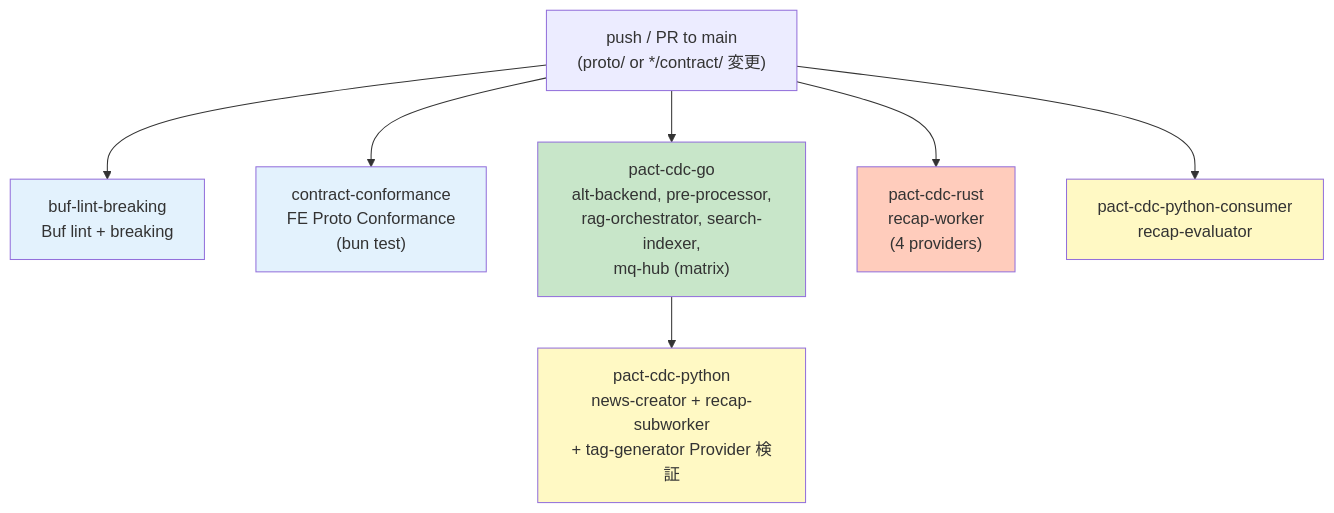
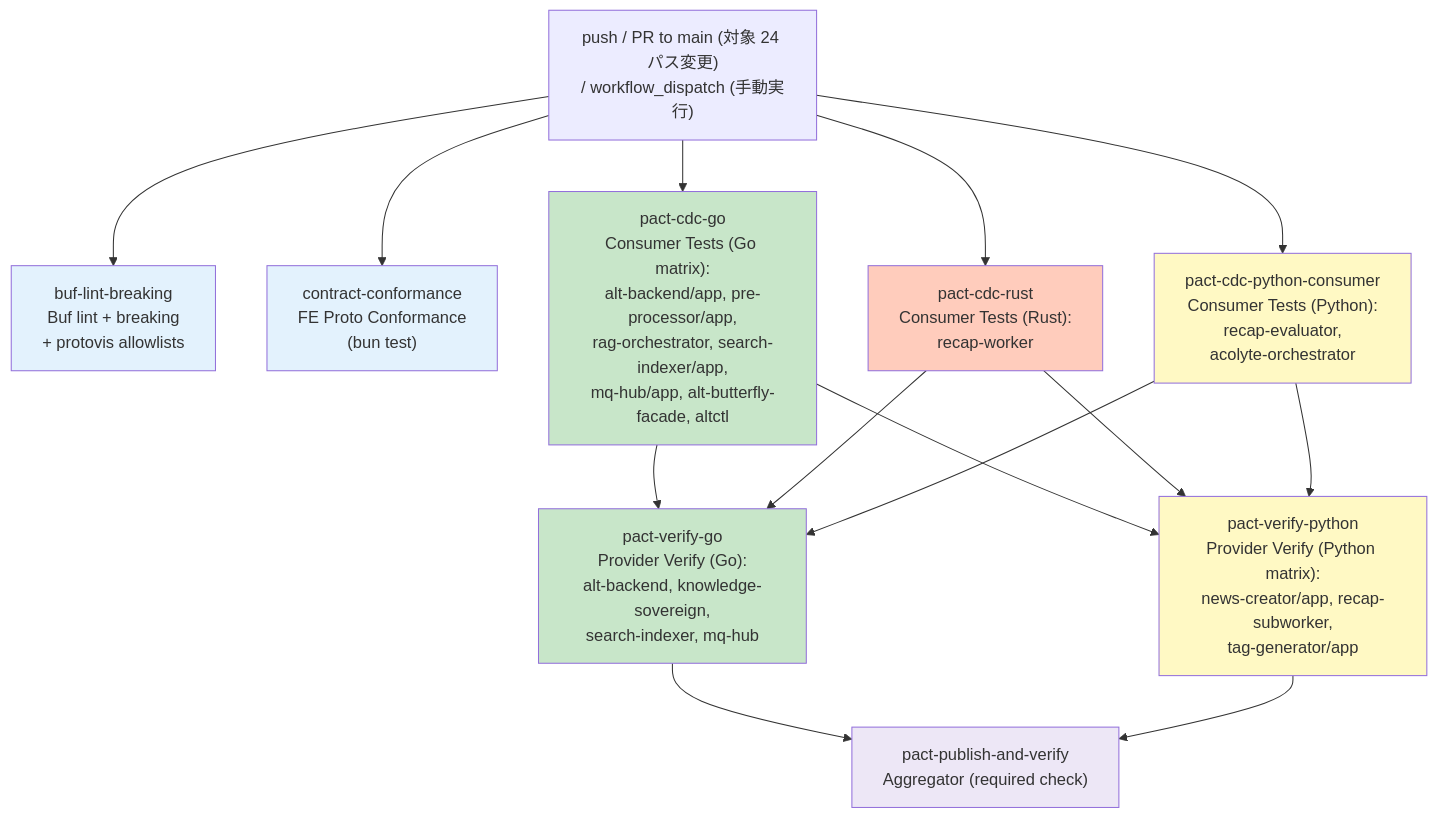
One commit to Kaikei-e/Alt changed the third of 4 diagrams in docs/testing-strategy.md. Above: the diagram before and after it, drawn with Mermaid. The commit also changed other lines of this file and 4 other files, not shown here.

Commit message:
docs: refresh architecture, recap pipeline and testing diagrams

````diff
--- a/docs/testing-strategy.md
+++ b/docs/testing-strategy.md
@@ -256,17 +291,29 @@
 ```mermaid
 graph TD
-  trigger["push / PR to main<br/>(proto/ or */contract/ 変更)"]
-  trigger --> buf["buf-lint-breaking<br/>Buf lint + breaking"]
+  trigger["push / PR to main (対象 24 パス変更)<br/>/ workflow_dispatch (手動実行)"]
+  trigger --> buf["buf-lint-breaking<br/>Buf lint + breaking<br/>+ protovis allowlists"]
   trigger --> fe["contract-conformance<br/>FE Proto Conformance<br/>(bun test)"]
-  trigger --> go1["pact-cdc-go<br/>alt-backend, pre-processor,<br/>rag-orchestrator, search-indexer,<br/>mq-hub (matrix)"]
-  trigger --> rust["pact-cdc-rust<br/>recap-worker<br/>(4 providers)"]
-  trigger --> pyc["pact-cdc-python-consumer<br/>recap-evaluator"]
-  go1 --> py["pact-cdc-python<br/>news-creator + recap-subworker<br/>+ tag-generator Provider 検証"]
+  trigger --> go_c["pact-cdc-go<br/>Consumer Tests (Go matrix):<br/>alt-backend/app, pre-processor/app,<br/>rag-orchestrator, search-indexer/app,<br/>mq-hub/app, alt-butterfly-facade, altctl"]
+  trigger --> rust_c["pact-cdc-rust<br/>Consumer Tests (Rust):<br/>recap-worker"]
+  trigger --> py_c["pact-cdc-python-consumer<br/>Consumer Tests (Python):<br/>recap-evaluator,<br/>acolyte-orchestrator"]
+
+  go_c --> go_v["pact-verify-go<br/>Provider Verify (Go):<br/>alt-backend, knowledge-sovereign,<br/>search-indexer, mq-hub"]
+  rust_c --> go_v
+  py_c --> go_v
+
+  go_c --> py_v["pact-verify-python<br/>Provider Verify (Python matrix):<br/>news-creator/app, recap-subworker,<br/>tag-generator/app"]
+  rust_c --> py_v
+  py_c --> py_v
+
+  go_v --> agg["pact-publish-and-verify<br/>Aggregator (required check)"]
+  py_v --> agg
 
   style buf fill:#e3f2fd
   style fe fill:#e3f2fd
-  style go1 fill:#c8e6c9
-  style rust fill:#ffccbc
-  style pyc fill:#fff9c4
-  style py fill:#fff9c4
+  style go_c fill:#c8e6c9
+  style rust_c fill:#ffccbc
+  style py_c fill:#fff9c4
+  style go_v fill:#c8e6c9
+  style py_v fill:#fff9c4
+  style agg fill:#ede7f6
 ```
````
